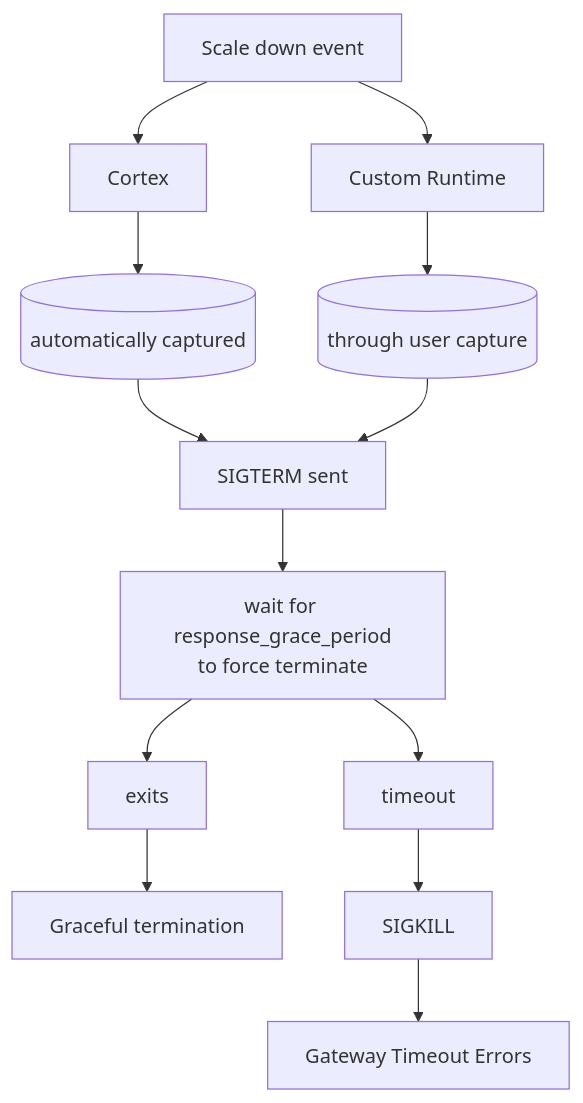
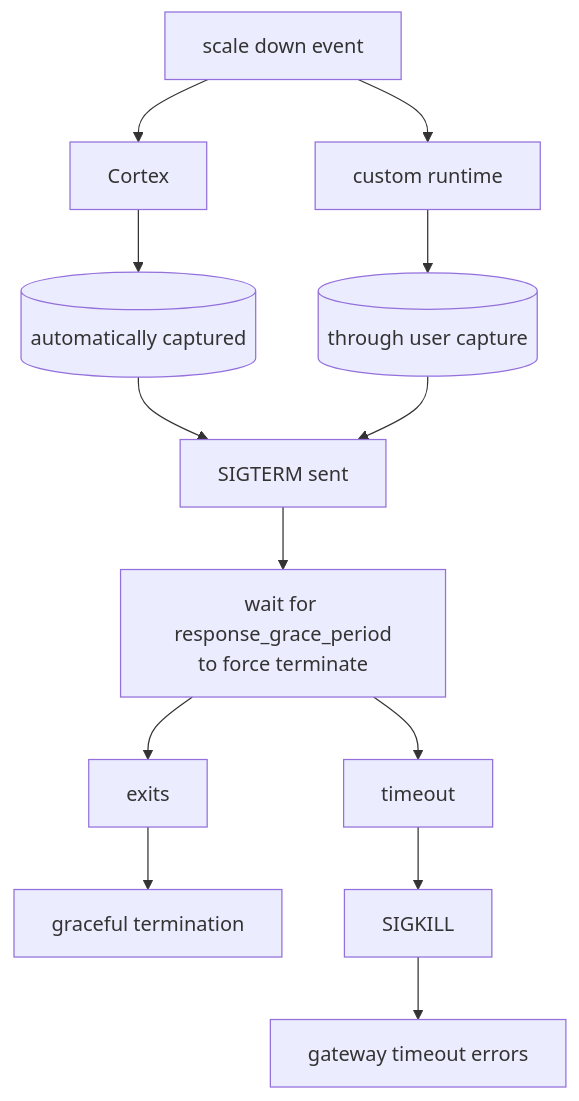
Before and after one commit to CerebriumAI/documentation: the diagram in cerebrium/scaling/graceful-termination.mdx, drawn with Mermaid.

````diff
--- a/cerebrium/scaling/graceful-termination.mdx
+++ b/cerebrium/scaling/graceful-termination.mdx
@@ -21,20 +21,20 @@
 ```mermaid
 flowchart TD
-    A[Scale down event] --> B[Cortex]
-    A --> C[Custom Runtime]
+    A[scale down event] --> B[Cortex]
+    A --> C[custom runtime]
     
     B --> D[(automatically captured)]
     C --> E[(through user capture)]
     
     D --> F[SIGTERM sent]
     E --> F
     
     F --> G[wait for response_grace_period<br/>to force terminate]
     
     G --> H[exits]
     G --> I[timeout]
     
-    H --> J[Graceful termination]
+    H --> J[graceful termination]
     I --> K[SIGKILL]
-    K --> L[Gateway Timeout Errors]
+    K --> L[gateway timeout errors]
 ```
````
